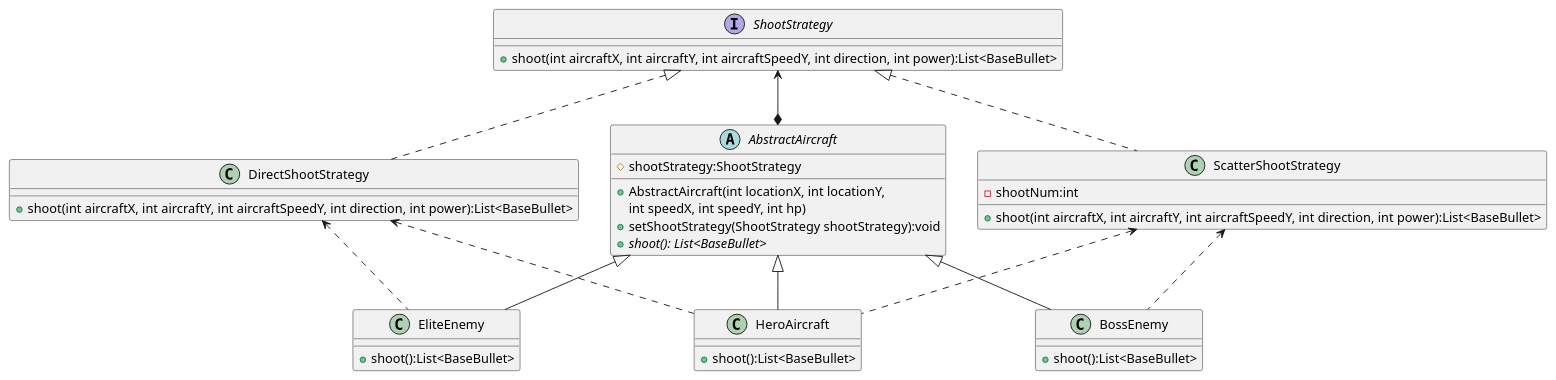
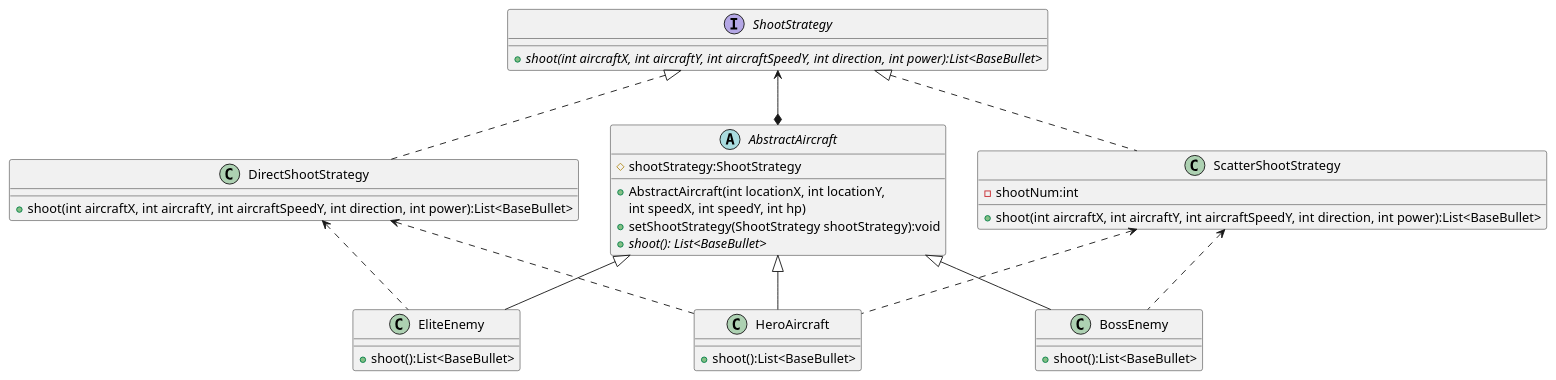
Before and after one commit to HaHaRen6/AircraftWar-base: the diagram in uml/StrategyPattern.puml, drawn with PlantUML. The commit also changed 5 other files, not shown here.

```diff
--- a/uml/StrategyPattern.puml
+++ b/uml/StrategyPattern.puml
@@ -1,51 +1,51 @@
 @startuml StrategyPattern
 'https://plantuml.com/class-diagram
 
 abstract class AbstractAircraft
 {
     # shootStrategy:ShootStrategy
 
     + AbstractAircraft(int locationX, int locationY,
         int speedX, int speedY, int hp)
     + setShootStrategy(ShootStrategy shootStrategy):void
     + {abstract} shoot(): List<BaseBullet>
 }
 
 
 class HeroAircraft {
     + shoot():List<BaseBullet>
 }
 AbstractAircraft <|-- HeroAircraft
 DirectShootStrategy <.. HeroAircraft
 ScatterShootStrategy <.. HeroAircraft
 
 class BossEnemy {
     + shoot():List<BaseBullet>
 }
 AbstractAircraft <|-- BossEnemy
 ScatterShootStrategy <.. BossEnemy
 
 class EliteEnemy {
     + shoot():List<BaseBullet>
 }
 AbstractAircraft <|-- EliteEnemy
 DirectShootStrategy <.. EliteEnemy
 
 interface ShootStrategy{
-    + shoot(int aircraftX, int aircraftY, int aircraftSpeedY, int direction, int power):List<BaseBullet>
+    + {abstract}shoot(int aircraftX, int aircraftY, int aircraftSpeedY, int direction, int power):List<BaseBullet>
 }
 ShootStrategy <--* AbstractAircraft
 
 class ScatterShootStrategy{
     - shootNum:int
 
     + shoot(int aircraftX, int aircraftY, int aircraftSpeedY, int direction, int power):List<BaseBullet>
 }
 ShootStrategy <|.. ScatterShootStrategy
 
 class DirectShootStrategy{
     + shoot(int aircraftX, int aircraftY, int aircraftSpeedY, int direction, int power):List<BaseBullet>
 }
 ShootStrategy <|.. DirectShootStrategy
 
 @enduml
```
